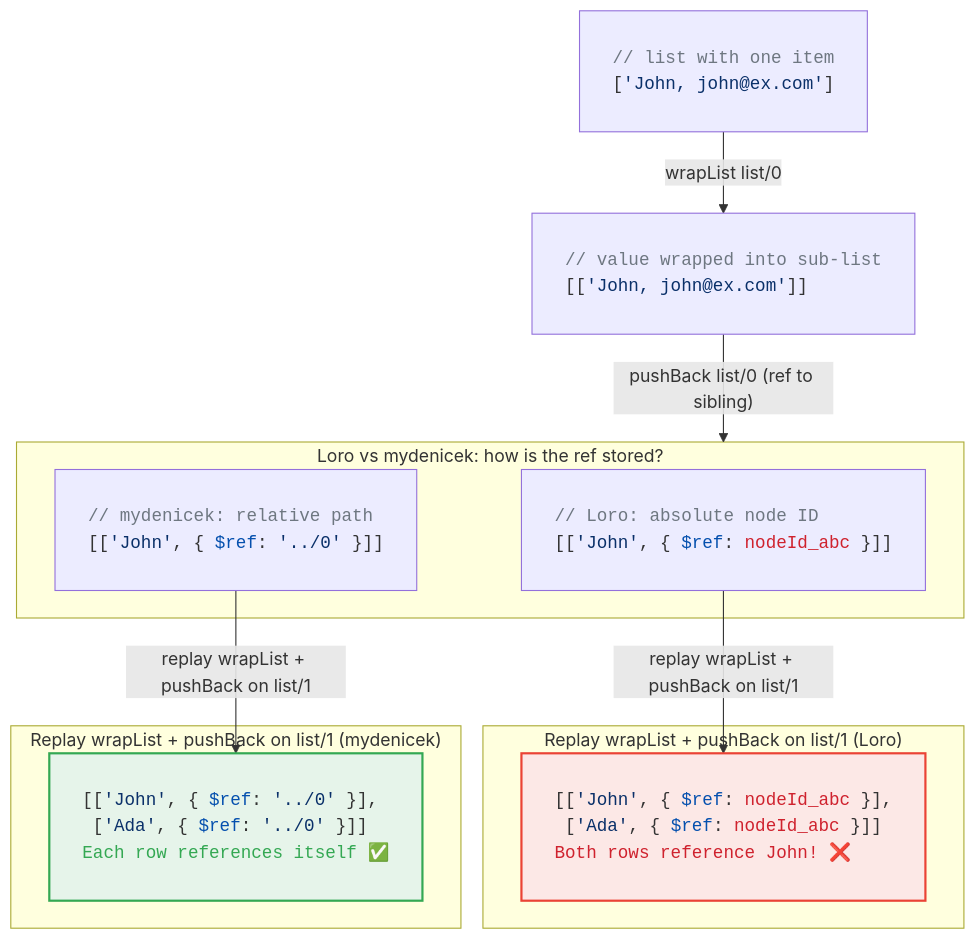
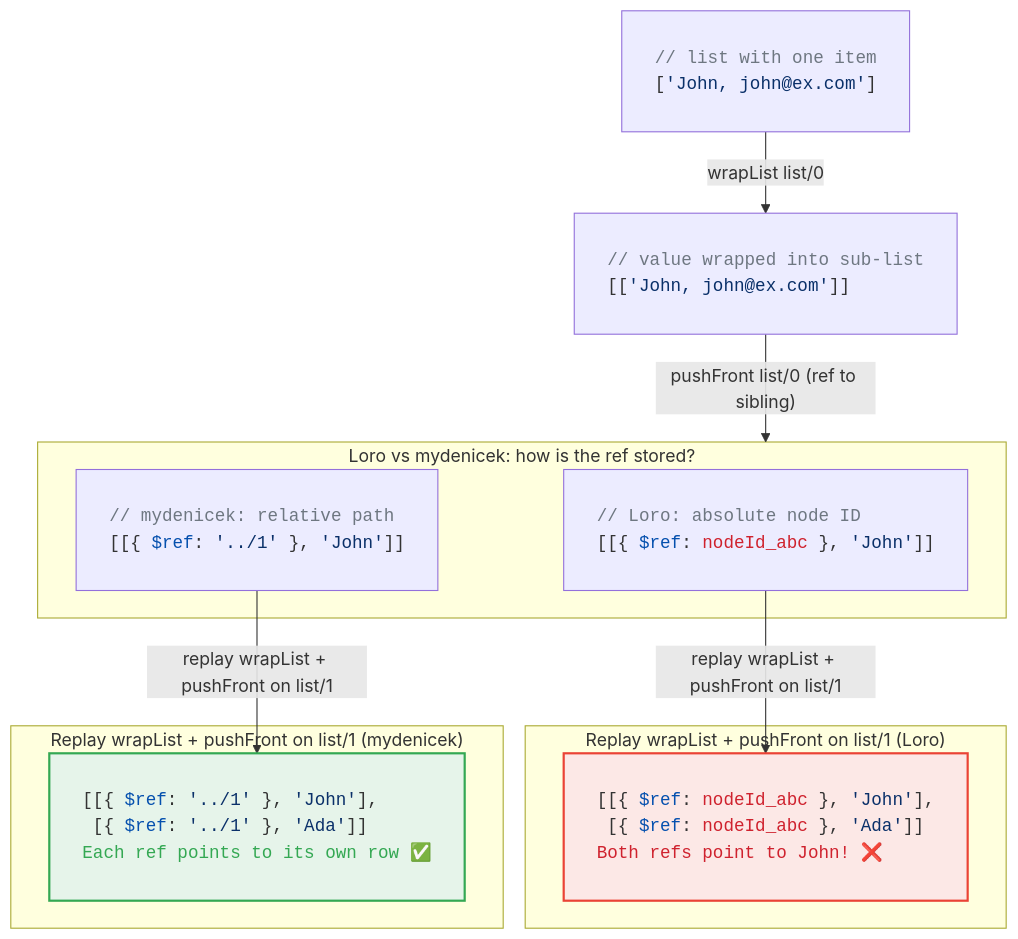
Before and after one commit to krsion/master-thesis: the diagram in img/retargeting.mmd, drawn with Mermaid. The commit also changed 1 other file, not shown here.

Commit message:
Retargeting diagram: use pushFront with ref ../1, correct element order
pushFront places ref at index 0, original value at index 1.
Ref ../1 always points to sibling in same row. Loro's nodeId_abc
always points to John regardless of row.

```diff
--- a/img/retargeting.mmd
+++ b/img/retargeting.mmd
@@ -1,48 +1,48 @@
 %%{init: {'themeVariables': {'fontFamily': 'monospace'}}}%%
 graph TB
     S1["<pre style='text-align:left'>
 <span style='color:#6e7781'>// list with one item</span>
 [<span style='color:#0a3069'>'John, john@ex.com'</span>]
 </pre>"]
 
     S2["<pre style='text-align:left'>
 <span style='color:#6e7781'>// value wrapped into sub-list</span>
 [[<span style='color:#0a3069'>'John, john@ex.com'</span>]]
 </pre>"]
 
     S1 -- "wrapList list/0" --> S2
 
     subgraph diverge["Loro vs mydenicek: how is the ref stored?"]
         LORO["<pre style='text-align:left'>
 <span style='color:#6e7781'>// Loro: absolute node ID</span>
-[[<span style='color:#0a3069'>'John'</span>, { <span style='color:#0550ae'>$ref</span>: <span style='color:#cf222e'>nodeId_abc</span> }]]
+[[{ <span style='color:#0550ae'>$ref</span>: <span style='color:#cf222e'>nodeId_abc</span> }, <span style='color:#0a3069'>'John'</span>]]
 </pre>"]
         CUSTOM["<pre style='text-align:left'>
 <span style='color:#6e7781'>// mydenicek: relative path</span>
-[[<span style='color:#0a3069'>'John'</span>, { <span style='color:#0550ae'>$ref</span>: <span style='color:#0a3069'>'../0'</span> }]]
+[[{ <span style='color:#0550ae'>$ref</span>: <span style='color:#0a3069'>'../1'</span> }, <span style='color:#0a3069'>'John'</span>]]
 </pre>"]
     end
 
-    S2 -- "pushBack list/0 (ref to sibling)" --> diverge
+    S2 -- "pushFront list/0 (ref to sibling)" --> diverge
 
-    subgraph replayLoro["Replay wrapList + pushBack on list/1 (Loro)"]
+    subgraph replayLoro["Replay wrapList + pushFront on list/1 (Loro)"]
         RL["<pre style='text-align:left'>
-[[<span style='color:#0a3069'>'John'</span>, { <span style='color:#0550ae'>$ref</span>: <span style='color:#cf222e'>nodeId_abc</span> }],
- [<span style='color:#0a3069'>'Ada'</span>, { <span style='color:#0550ae'>$ref</span>: <span style='color:#cf222e'>nodeId_abc</span> }]]
-<span style='color:#cf222e'>Both rows reference John! ❌</span>
+[[{ <span style='color:#0550ae'>$ref</span>: <span style='color:#cf222e'>nodeId_abc</span> }, <span style='color:#0a3069'>'John'</span>],
+ [{ <span style='color:#0550ae'>$ref</span>: <span style='color:#cf222e'>nodeId_abc</span> }, <span style='color:#0a3069'>'Ada'</span>]]
+<span style='color:#cf222e'>Both refs point to John! ❌</span>
 </pre>"]
     end
 
-    subgraph replayCustom["Replay wrapList + pushBack on list/1 (mydenicek)"]
+    subgraph replayCustom["Replay wrapList + pushFront on list/1 (mydenicek)"]
         RC["<pre style='text-align:left'>
-[[<span style='color:#0a3069'>'John'</span>, { <span style='color:#0550ae'>$ref</span>: <span style='color:#0a3069'>'../0'</span> }],
- [<span style='color:#0a3069'>'Ada'</span>, { <span style='color:#0550ae'>$ref</span>: <span style='color:#0a3069'>'../0'</span> }]]
-<span style='color:#34a853'>Each row references itself ✅</span>
+[[{ <span style='color:#0550ae'>$ref</span>: <span style='color:#0a3069'>'../1'</span> }, <span style='color:#0a3069'>'John'</span>],
+ [{ <span style='color:#0550ae'>$ref</span>: <span style='color:#0a3069'>'../1'</span> }, <span style='color:#0a3069'>'Ada'</span>]]
+<span style='color:#34a853'>Each ref points to its own row ✅</span>
 </pre>"]
     end
 
-    LORO -- "replay wrapList + pushBack on list/1" --> RL
-    CUSTOM -- "replay wrapList + pushBack on list/1" --> RC
+    LORO -- "replay wrapList + pushFront on list/1" --> RL
+    CUSTOM -- "replay wrapList + pushFront on list/1" --> RC
 
     style RL fill:#fce8e6,stroke:#ea4335,stroke-width:2px
     style RC fill:#e6f4ea,stroke:#34a853,stroke-width:2px
```
